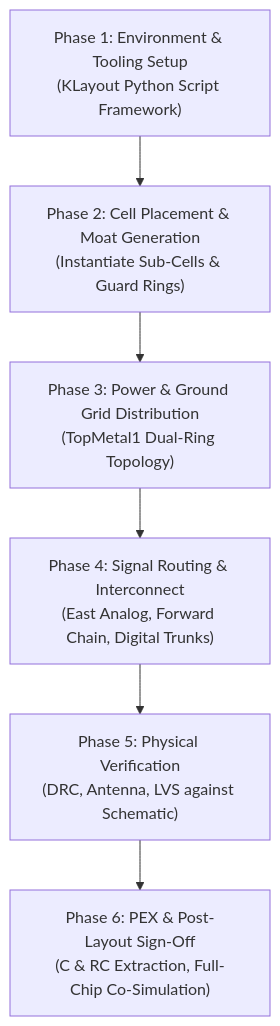
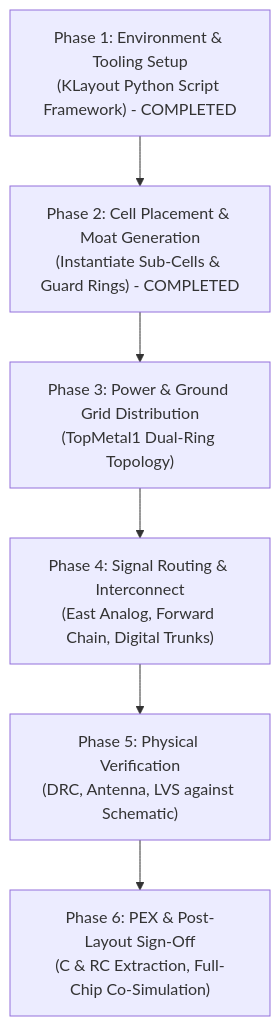
Before and after one commit to orpheus016/sg13cmos5l_spma_ip__instramp: the diagram in gds/pgia_top/layout_implementation_plan.md, drawn with Mermaid. The commit also changed other lines of this file and 60 other files, not shown here.

````diff
--- a/gds/pgia_top/layout_implementation_plan.md
+++ b/gds/pgia_top/layout_implementation_plan.md
@@ -81,8 +81,8 @@
 ```mermaid
 graph TD
-    P1["Phase 1: Environment & Tooling Setup<br/>(KLayout Python Script Framework)"] --> P2["Phase 2: Cell Placement & Moat Generation<br/>(Instantiate Sub-Cells & Guard Rings)"]
+    P1["Phase 1: Environment & Tooling Setup<br/>(KLayout Python Script Framework) - COMPLETED"] --> P2["Phase 2: Cell Placement & Moat Generation<br/>(Instantiate Sub-Cells & Guard Rings) - COMPLETED"]
     P2 --> P3["Phase 3: Power & Ground Grid Distribution<br/>(TopMetal1 Dual-Ring Topology)"]
     P3 --> P4["Phase 4: Signal Routing & Interconnect<br/>(East Analog, Forward Chain, Digital Trunks)"]
     P4 --> P5["Phase 5: Physical Verification<br/>(DRC, Antenna, LVS against Schematic)"]
     P5 --> P6["Phase 6: PEX & Post-Layout Sign-Off<br/>(C & RC Extraction, Full-Chip Co-Simulation)"]
 ```
````
